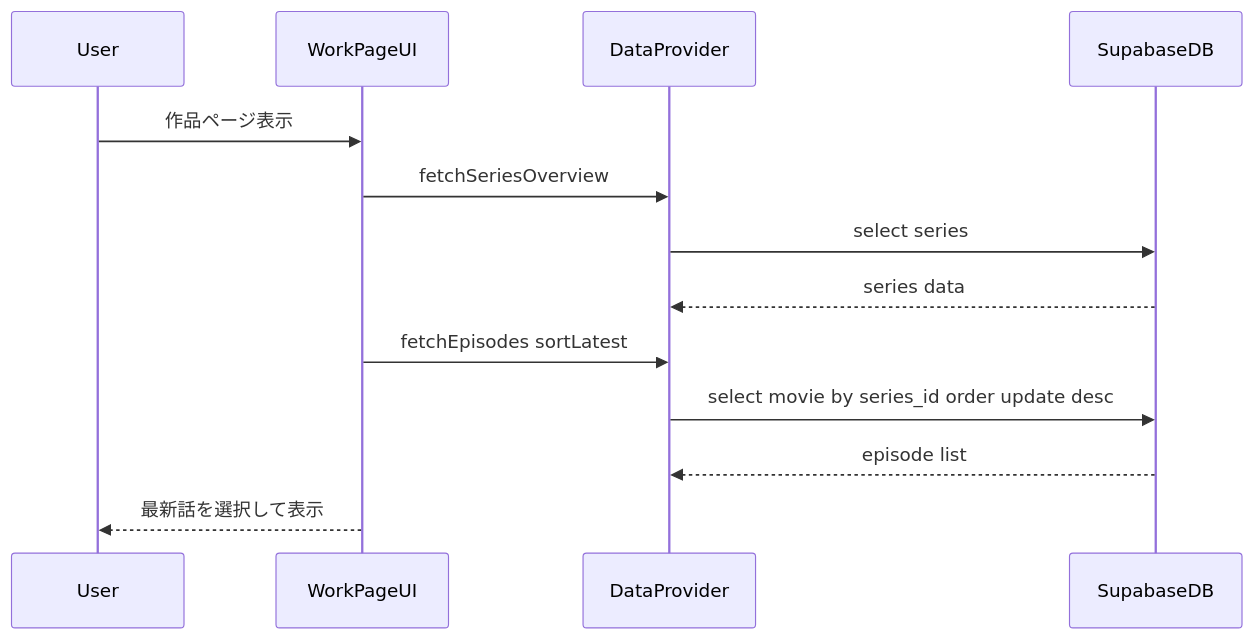
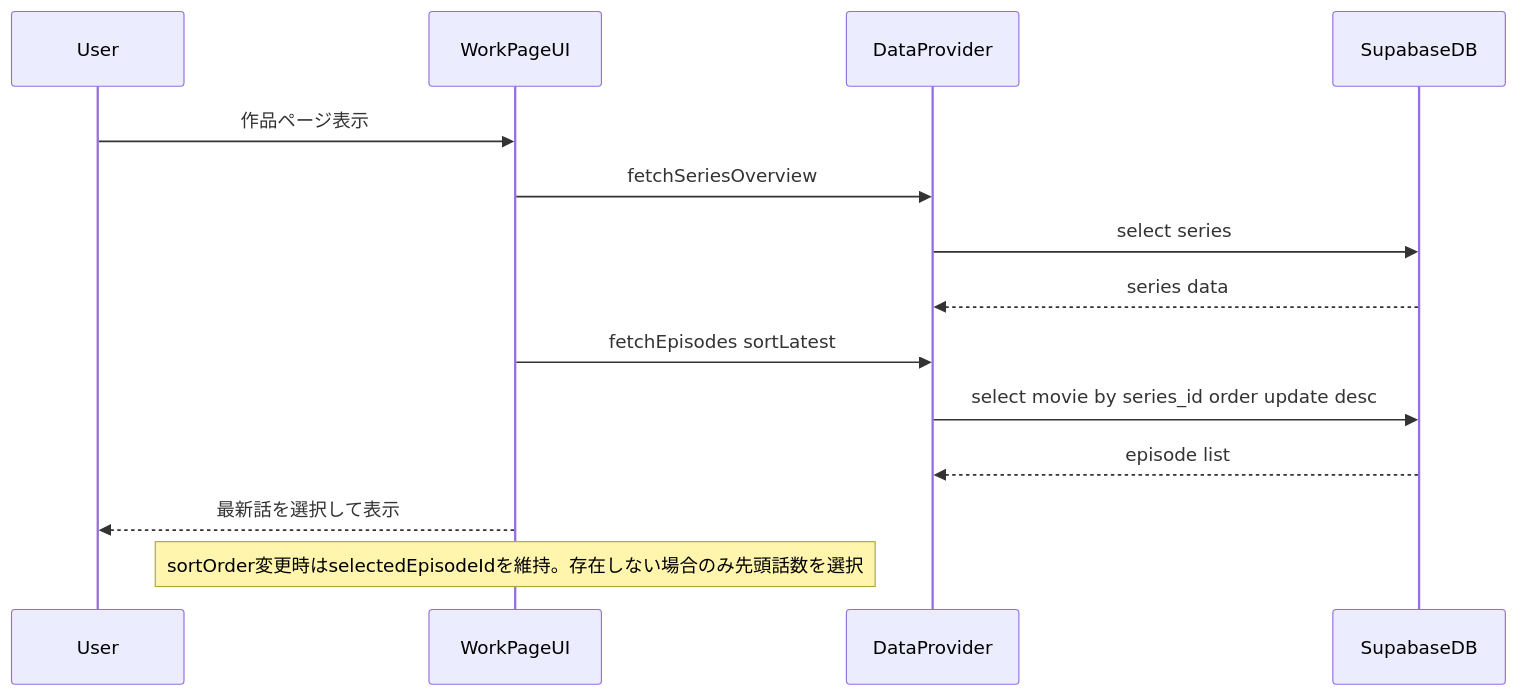
The second of 5 diagrams in .kiro/specs/work-page-playback-episode-list/design.md (arinko39140/mangadouga), drawn with Mermaid before and after one commit. The commit also changed other lines of this file and 1 other file, not shown here.

Commit message:
Update work page playback design decisions

````diff
--- a/.kiro/specs/work-page-playback-episode-list/design.md
+++ b/.kiro/specs/work-page-playback-episode-list/design.md
@@ -60,15 +60,16 @@
 ```mermaid
 sequenceDiagram
     participant User
     participant WorkPageUI
     participant DataProvider
     participant SupabaseDB
     User ->> WorkPageUI: 作品ページ表示
     WorkPageUI ->> DataProvider: fetchSeriesOverview
     DataProvider ->> SupabaseDB: select series
     SupabaseDB -->> DataProvider: series data
     WorkPageUI ->> DataProvider: fetchEpisodes sortLatest
     DataProvider ->> SupabaseDB: select movie by series_id order update desc
     SupabaseDB -->> DataProvider: episode list
     WorkPageUI -->> User: 最新話を選択して表示
+    Note over WorkPageUI: sortOrder変更時はselectedEpisodeIdを維持。存在しない場合のみ先頭話数を選択
 ```
````
